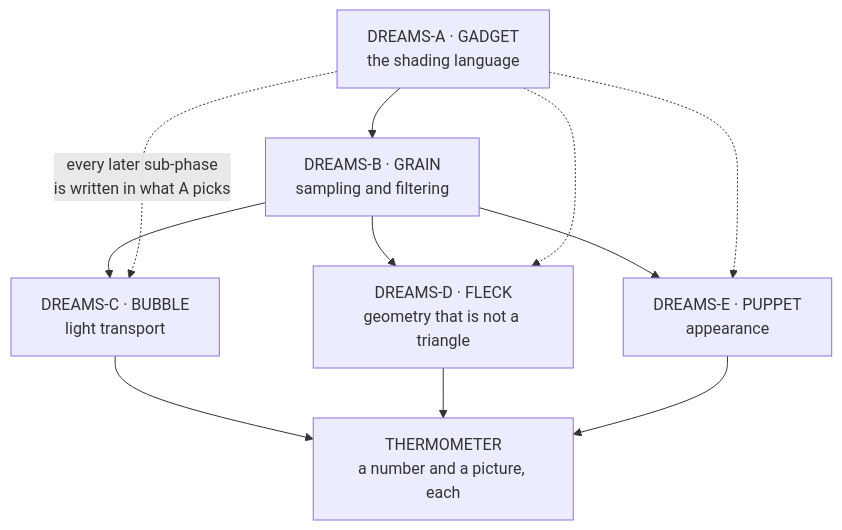
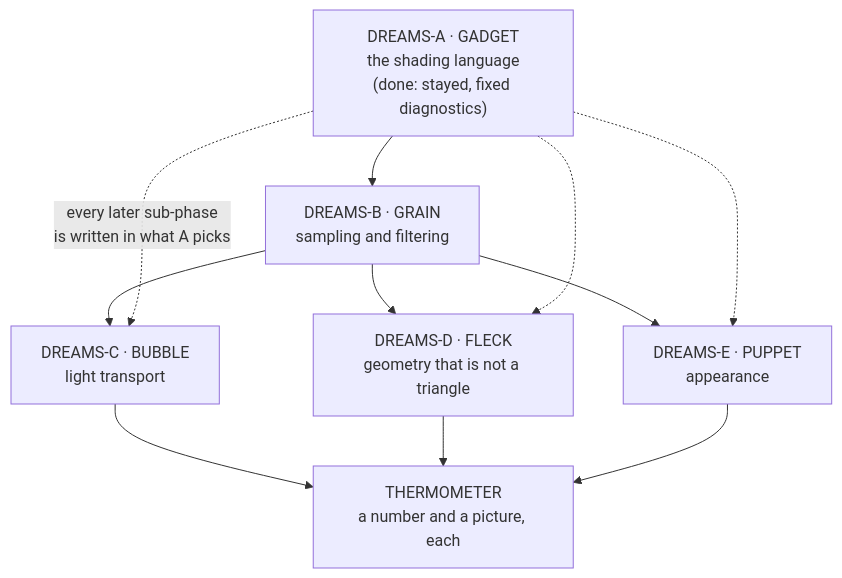
One commit to ReanSchwarzer1/SomniumEngine changed the second of 2 diagrams in dev records/phase_DREAMS.md. Above: the diagram before and after it, drawn with Mermaid. The commit also changed other lines of this file and 9 other files, not shown here.

````diff
--- a/dev records/phase_DREAMS.md
+++ b/dev records/phase_DREAMS.md
@@ -410,13 +414,13 @@
 ```mermaid
 flowchart TB
-    A["DREAMS-A · GADGET<br/>the shading language"] --> B["DREAMS-B · GRAIN<br/>sampling and filtering"]
+    A["DREAMS-A · GADGET<br/>the shading language<br/>(done: stayed, fixed diagnostics)"] --> B["DREAMS-B · GRAIN<br/>sampling and filtering"]
     B --> C["DREAMS-C · BUBBLE<br/>light transport"]
     B --> D["DREAMS-D · FLECK<br/>geometry that is not a triangle"]
     B --> E["DREAMS-E · PUPPET<br/>appearance"]
     A -.->|"every later sub-phase<br/>is written in what A picks"| C
     A -.-> D
     A -.-> E
     C --> TH["THERMOMETER<br/>a number and a picture, each"]
     D --> TH
     E --> TH
 ```
````
